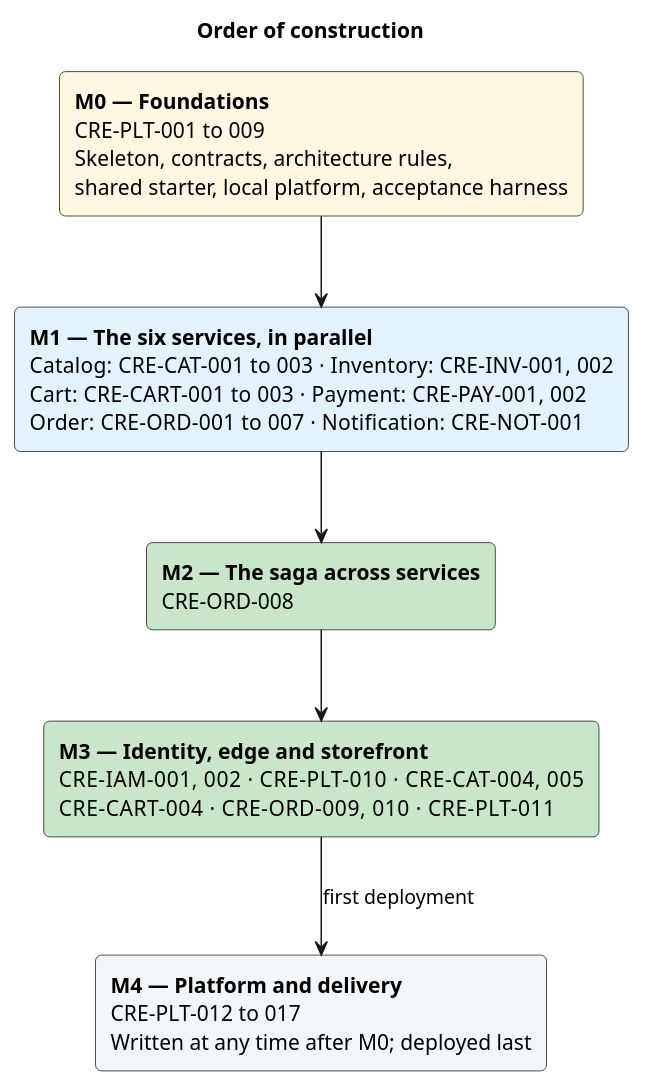
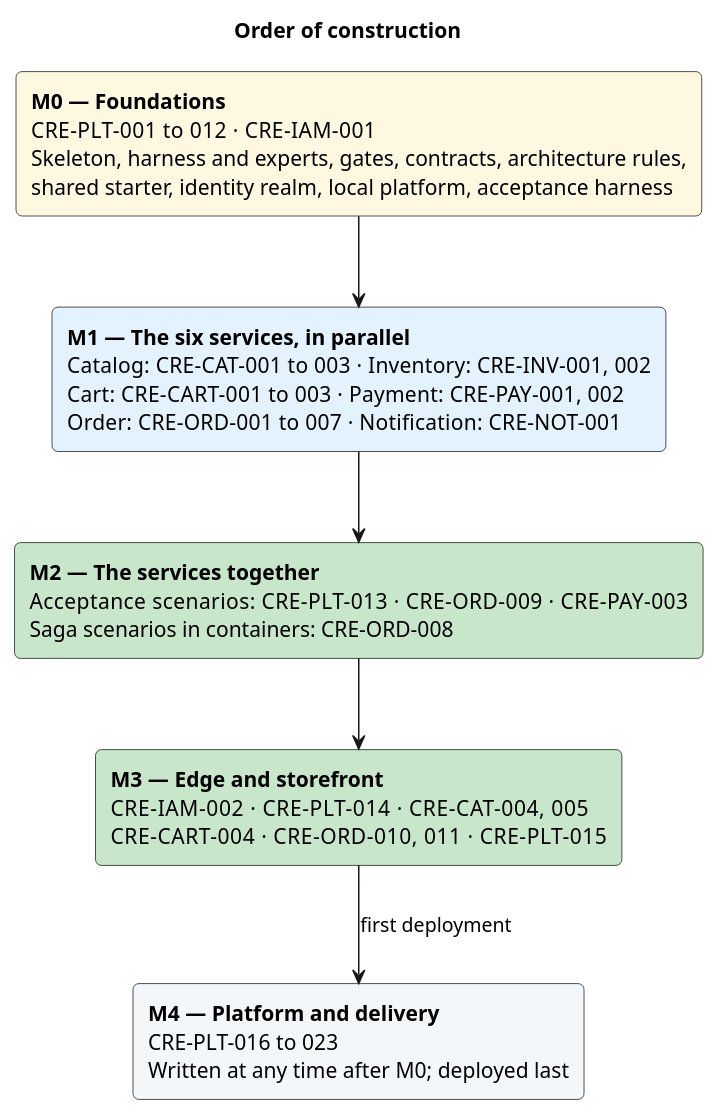
The diagram in doc/2-spec/08-engineering-workflow/diagrams/construction-order.puml (AxeloLabs/alten-commerce-platform), drawn with PlantUML before and after one commit. The commit also changed 33 other files, not shown here.

```diff
--- a/doc/2-spec/08-engineering-workflow/diagrams/construction-order.puml
+++ b/doc/2-spec/08-engineering-workflow/diagrams/construction-order.puml
@@ -1,23 +1,23 @@
 @startuml
 title Order of construction
 
 skinparam componentStyle rectangle
 skinparam rectangle {
   RoundCorner 8
 }
 
-rectangle "**M0 — Foundations**\nCRE-PLT-001 to 009\nSkeleton, contracts, architecture rules,\nshared starter, local platform, acceptance harness" as M0 #FFF8E1
+rectangle "**M0 — Foundations**\nCRE-PLT-001 to 012  ·  CRE-IAM-001\nSkeleton, harness and experts, gates, contracts, architecture rules,\nshared starter, identity realm, local platform, acceptance harness" as M0 #FFF8E1
 
 rectangle "**M1 — The six services, in parallel**\nCatalog: CRE-CAT-001 to 003  ·  Inventory: CRE-INV-001, 002\nCart: CRE-CART-001 to 003  ·  Payment: CRE-PAY-001, 002\nOrder: CRE-ORD-001 to 007  ·  Notification: CRE-NOT-001" as M1 #E3F2FD
 
-rectangle "**M2 — The saga across services**\nCRE-ORD-008" as M2 #C8E6C9
+rectangle "**M2 — The services together**\nAcceptance scenarios: CRE-PLT-013  ·  CRE-ORD-009  ·  CRE-PAY-003\nSaga scenarios in containers: CRE-ORD-008" as M2 #C8E6C9
 
-rectangle "**M3 — Identity, edge and storefront**\nCRE-IAM-001, 002  ·  CRE-PLT-010  ·  CRE-CAT-004, 005\nCRE-CART-004  ·  CRE-ORD-009, 010  ·  CRE-PLT-011" as M3 #C8E6C9
+rectangle "**M3 — Edge and storefront**\nCRE-IAM-002  ·  CRE-PLT-014  ·  CRE-CAT-004, 005\nCRE-CART-004  ·  CRE-ORD-010, 011  ·  CRE-PLT-015" as M3 #C8E6C9
 
-rectangle "**M4 — Platform and delivery**\nCRE-PLT-012 to 017\nWritten at any time after M0; deployed last" as M4 #F4F7F9
+rectangle "**M4 — Platform and delivery**\nCRE-PLT-016 to 023\nWritten at any time after M0; deployed last" as M4 #F4F7F9
 
 M0 -down-> M1
 M1 -down-> M2
 M2 -down-> M3
 M3 -down-> M4 : first deployment
 @enduml
```
